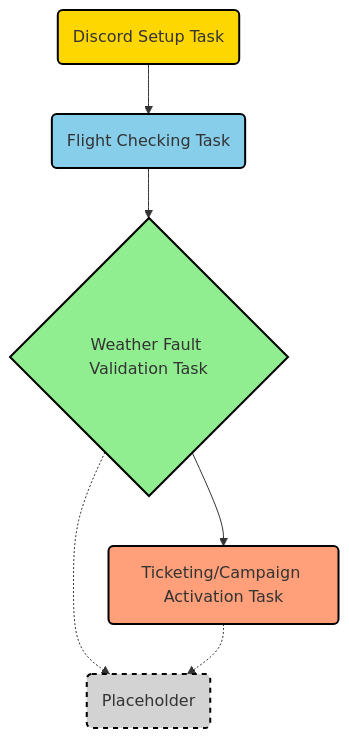
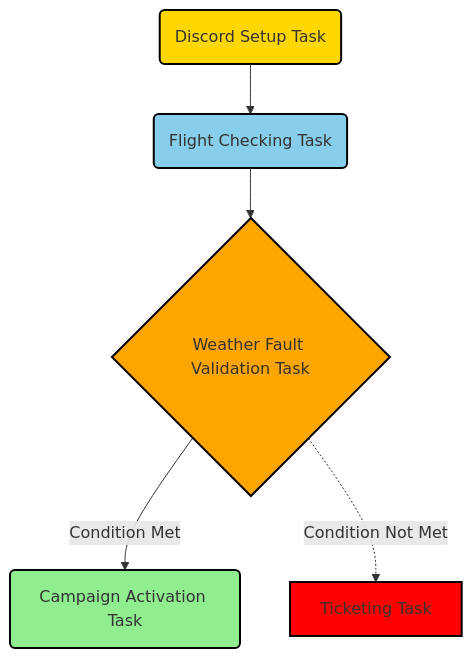
One commit to LuigiClemente/airflow_flight_checker- changed the diagram in README.md. Above: the diagram before and after it, drawn with Mermaid. The commit also changed other lines of this file, not shown here.

````diff
--- a/README.md
+++ b/README.md
@@ -1,13 +1,12 @@
 ```mermaid
 graph TD
     A(Discord Setup Task) --> B(Flight Checking Task)
     B --> C{Weather Fault Validation Task}
-    C --> D(Ticketing/Campaign Activation Task)
-    C -.-> E(Placeholder)
-    D -.-> E
+    C -->|Condition Met| D(Campaign Activation Task)
+    C -.->|Condition Not Met| E[Ticketing Task]
     style A fill:#FFD700, stroke:#000, stroke-width:2px
     style B fill:#87CEEB, stroke:#000, stroke-width:2px
-    style C fill:#90EE90, stroke:#000, stroke-width:2px
-    style D fill:#FFA07A, stroke:#000, stroke-width:2px
-    style E fill:#D3D3D3, stroke:#000, stroke-width:2px, stroke-dasharray: 5 5
+    style C fill:#FFA500, stroke:#000, stroke-width:2px
+    style D fill:#90EE90, stroke:#000, stroke-width:2px
+    style E fill:#FF0000, stroke:#000, stroke-width:2px
 ```
````
